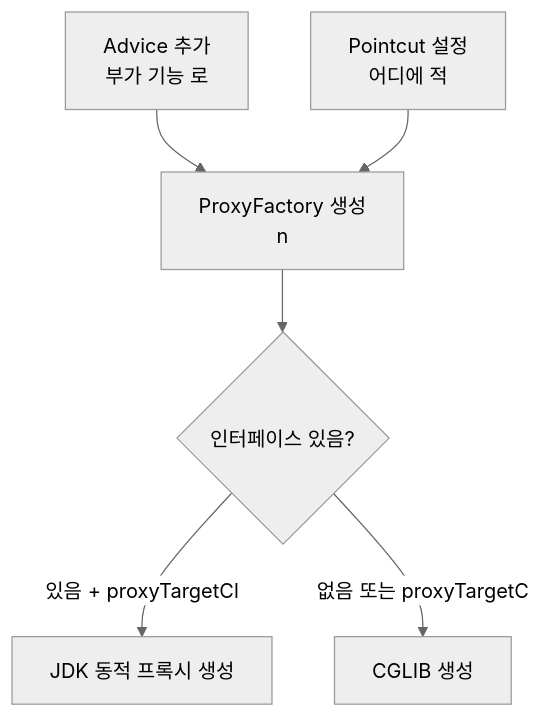
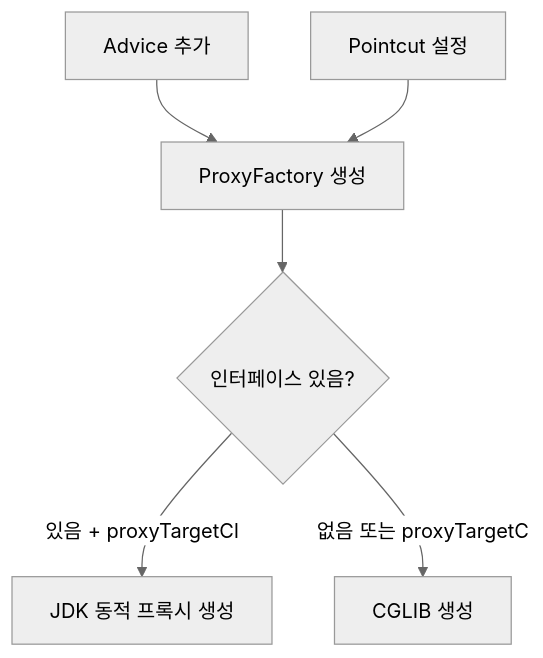
One commit to yjkim2015/yjkim2015.github.io changed the fourth of 11 diagrams in _posts/spring/2026-05-02-spring-core-advanced.md. Above: the diagram before and after it, drawn with Mermaid (neutral theme). The commit also changed other lines of this file and 217 other files, not shown here.

First line of the commit message:
Mermaid 크기 수정: useMaxWidth:true + SVG max-width:100% + 라벨 축소

````diff
--- a/_posts/spring/2026-05-02-spring-core-advanced.md
+++ b/_posts/spring/2026-05-02-spring-core-advanced.md
@@ -253,8 +253,8 @@
 ```mermaid
 flowchart TD
-    A["ProxyFactory 생성\nn"] --> B{"인터페이스 있음?"}
+    A["ProxyFactory 생성"] --> B{"인터페이스 있음?"}
     B -->|"있음 + proxyTargetCl"| C["JDK 동적 프록시 생성"]
     B -->|"없음 또는 proxyTargetC"| D["CGLIB 생성"]
-    E["Advice 추가\n부가 기능 로"] --> A
-    F["Pointcut 설정\n어디에 적"] --> A
+    E["Advice 추가"] --> A
+    F["Pointcut 설정"] --> A
 ```
````
